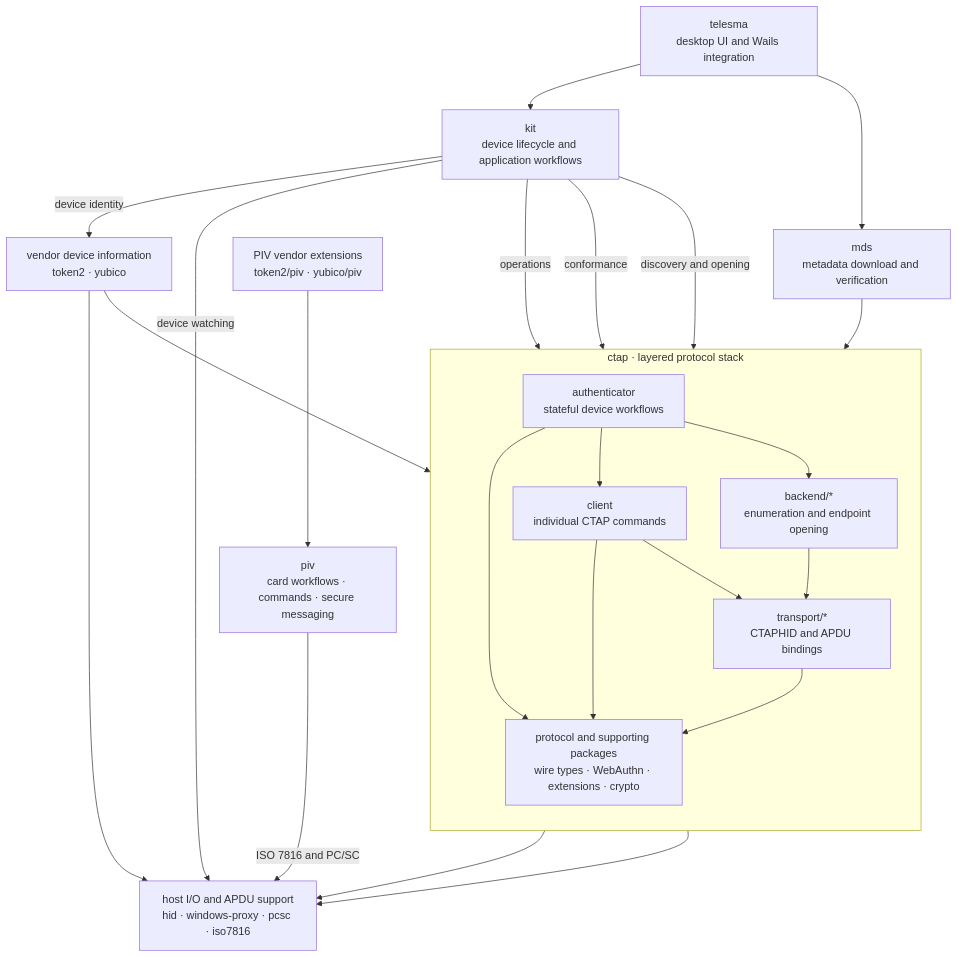
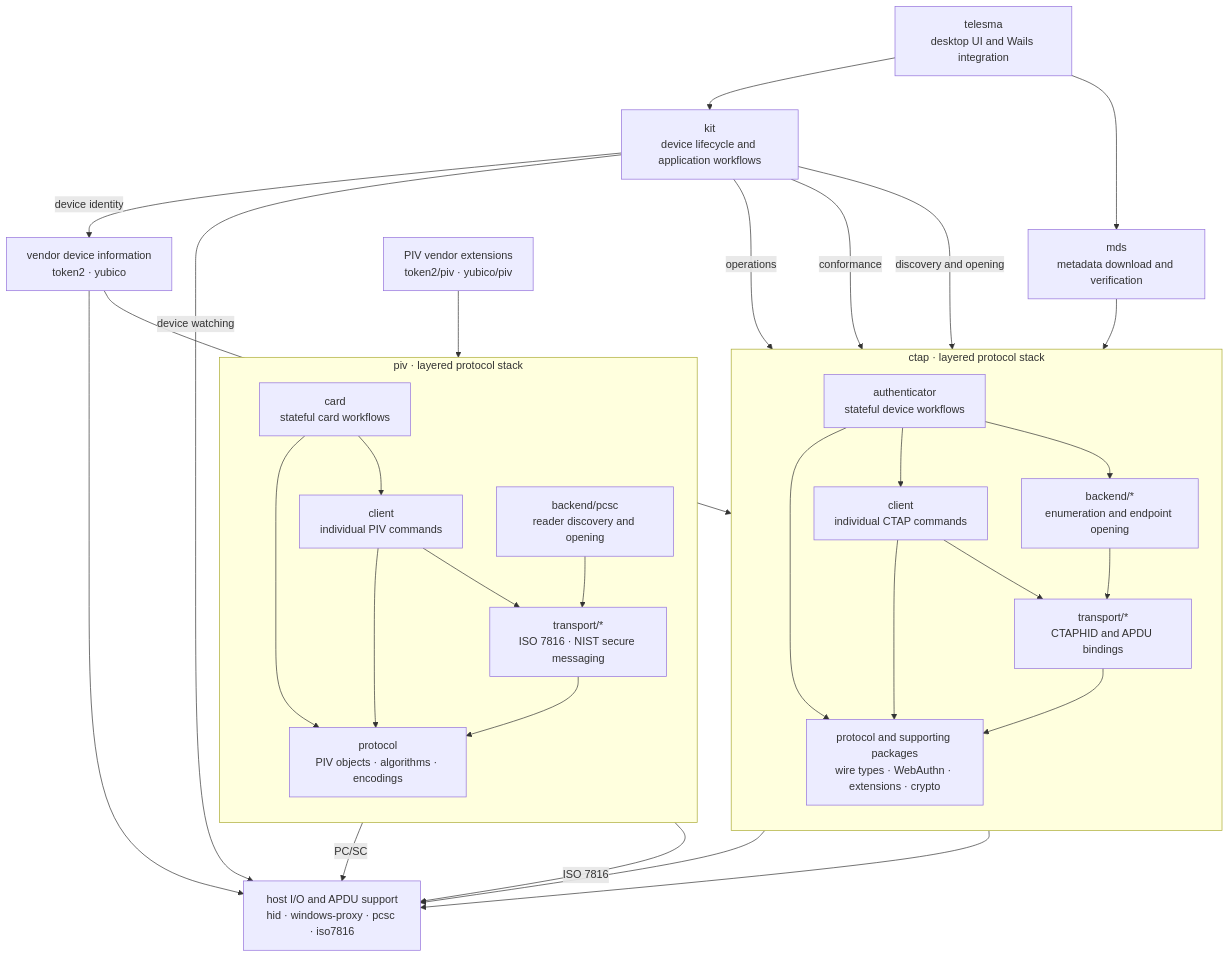
The diagram in profile/README.md (telesma-app/.github), drawn with Mermaid before and after one commit. The commit also changed other lines of this file, not shown here.

Commit message:
docs(profile): detail layered PIV stack in architecture diagram

````diff
--- a/profile/README.md
+++ b/profile/README.md
@@ -42,56 +42,77 @@
 ```mermaid
 flowchart TB
     telesma["`telesma
 desktop UI and Wails integration`"]
     kit["`kit
 device lifecycle and application workflows`"]
     mds["`mds
 metadata download and verification`"]
 
     subgraph ctapStack["ctap · layered protocol stack"]
         direction TB
 
         authenticator["`authenticator
 stateful device workflows`"]
         client["`client
 individual CTAP commands`"]
         backends["`backend/*
 enumeration and endpoint opening`"]
         transports["`transport/*
 CTAPHID and APDU bindings`"]
         types["`protocol and supporting packages
 wire types · WebAuthn · extensions · crypto`"]
 
         authenticator --> client
         authenticator --> backends
         client --> transports
         backends --> transports
         authenticator --> types
         client --> types
         transports --> types
     end
 
+    subgraph pivStack["piv · layered protocol stack"]
+        direction TB
+
+        pivCard["`card
+stateful card workflows`"]
+        pivClient["`client
+individual PIV commands`"]
+        pivBackends["`backend/pcsc
+reader discovery and opening`"]
+        pivTransports["`transport/*
+ISO 7816 · NIST secure messaging`"]
+        pivTypes["`protocol
+PIV objects · algorithms · encodings`"]
+
+        pivCard --> pivClient
+        pivClient --> pivTransports
+        pivBackends --> pivTransports
+        pivCard --> pivTypes
+        pivClient --> pivTypes
+        pivTransports --> pivTypes
+    end
+
     integrations["`vendor device information
 token2 · yubico`"]
     pivExtensions["`PIV vendor extensions
 token2/piv · yubico/piv`"]
-    piv["`piv
-card workflows · commands · secure messaging`"]
     hostIO["`host I/O and APDU support
 hid · windows-proxy · pcsc · iso7816`"]
 
     telesma --> kit
     telesma --> mds
     kit -->|operations| authenticator
     kit -->|conformance| client
     kit -->|discovery and opening| backends
     kit -->|device identity| integrations
     kit -->|device watching| hostIO
     mds --> types
     integrations --> transports
     integrations --> hostIO
-    pivExtensions --> piv
-    piv -->|ISO 7816 and PC/SC| hostIO
+    pivExtensions --> pivCard
+    pivBackends -->|PC/SC| hostIO
+    pivTransports -->|ISO 7816| hostIO
     backends --> hostIO
     transports --> hostIO
 ```
````
